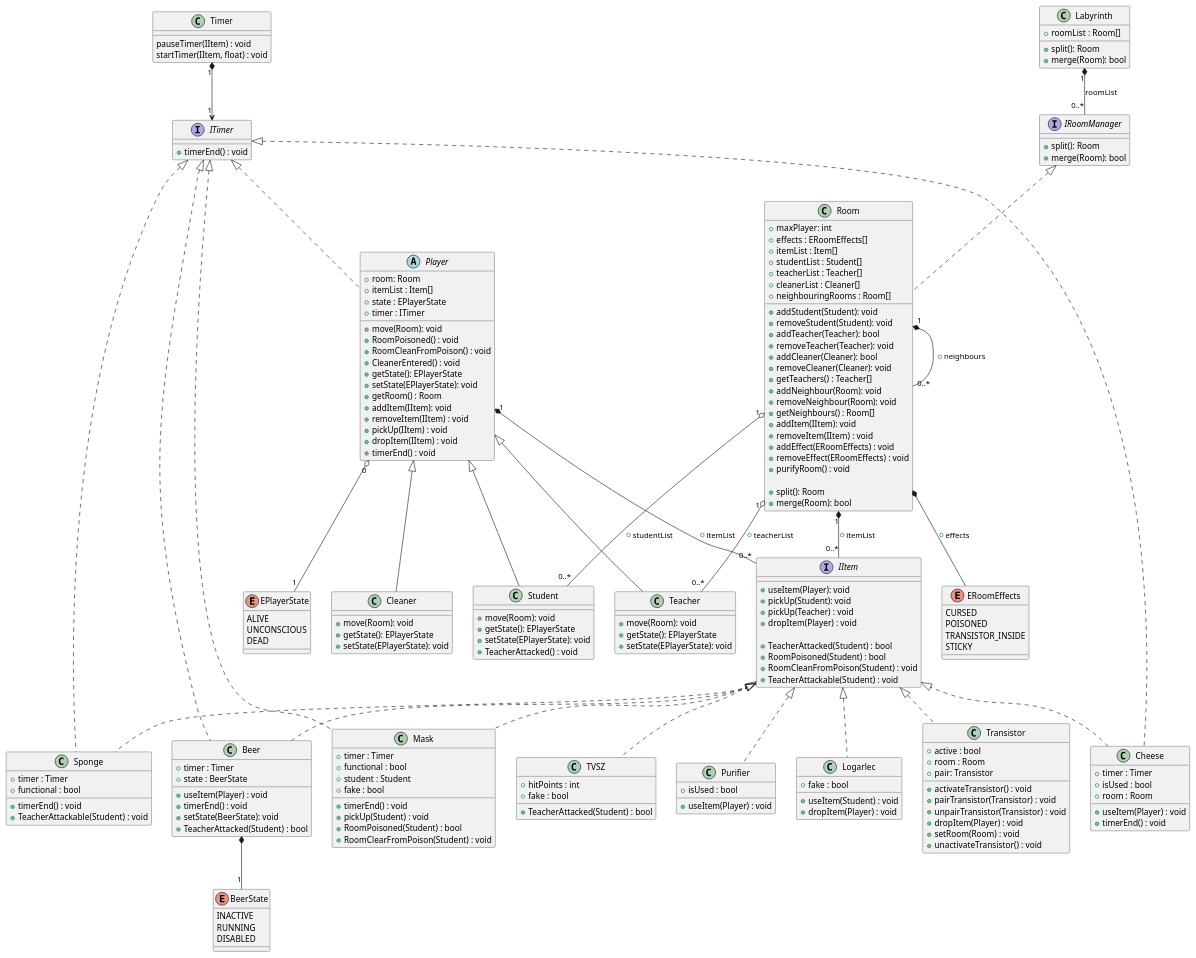
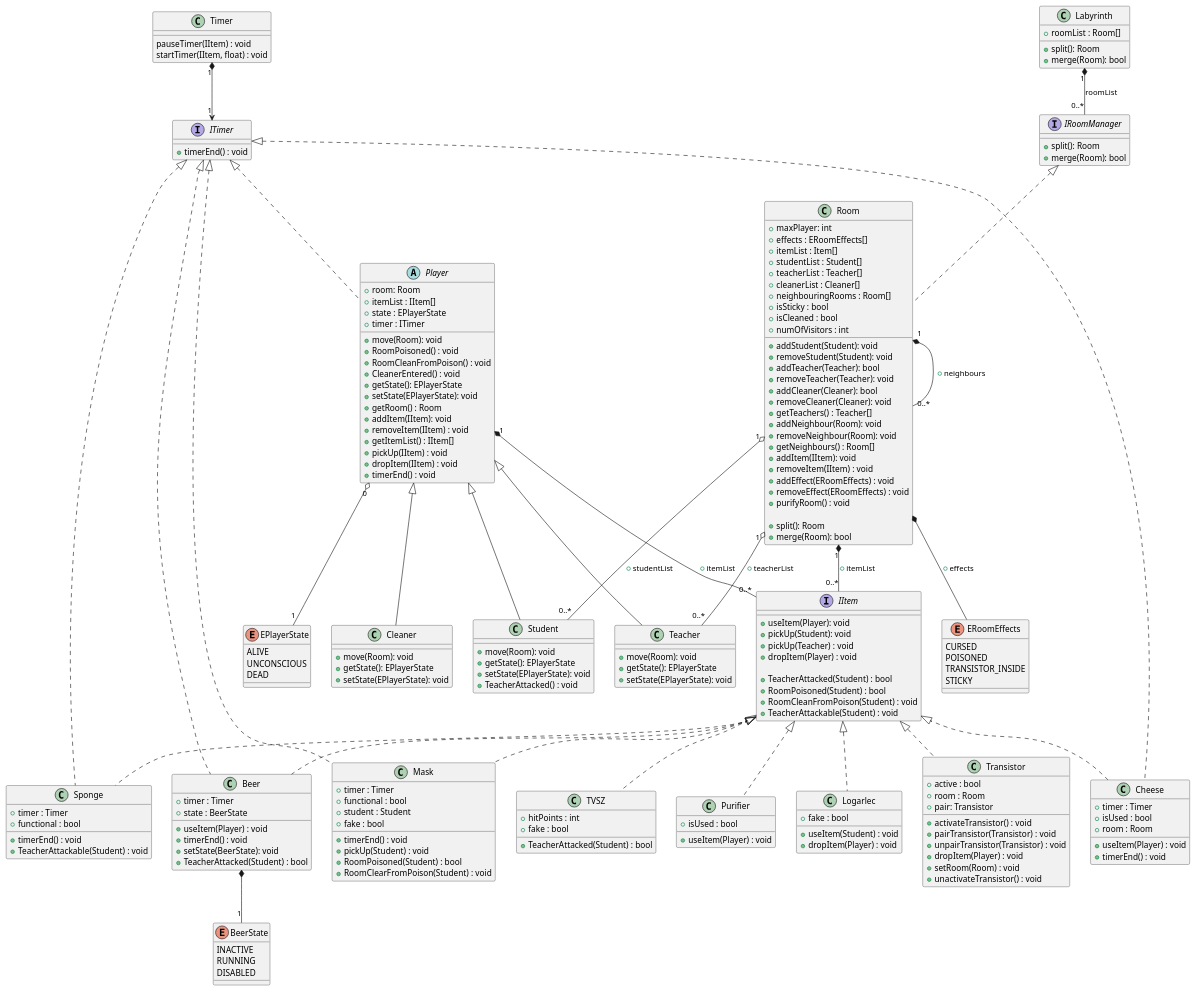
One commit to MBakter/echo changed the diagram in docs/Class_UML.plantuml. Above: the diagram before and after it, drawn with PlantUML. The commit also changed 11 other files, not shown here.

Commit message:
Added changes sequence diagrams and modified classUML #1

```diff
--- a/docs/Class_UML.plantuml
+++ b/docs/Class_UML.plantuml
@@ -22,6 +22,9 @@
     + teacherList : Teacher[]
     + cleanerList : Cleaner[]
     + neighbouringRooms : Room[]
+    + isSticky : bool
+    + isCleaned : bool
+    + numOfVisitors : int
 
     + addStudent(Student): void
     + removeStudent(Student): void
@@ -58,7 +61,7 @@
 
 abstract class Player implements ITimer{
     + room: Room
-    + itemList : Item[]
+    + itemList : IItem[]
     + state : EPlayerState
     + timer : ITimer
 
@@ -71,6 +74,7 @@
     + getRoom() : Room
     + addItem(IItem): void
     + removeItem(IItem) : void
+    + getItemList() : IItem[]
     + pickUp(IItem) : void
     + dropItem(IItem) : void
     + timerEnd() : void
```
